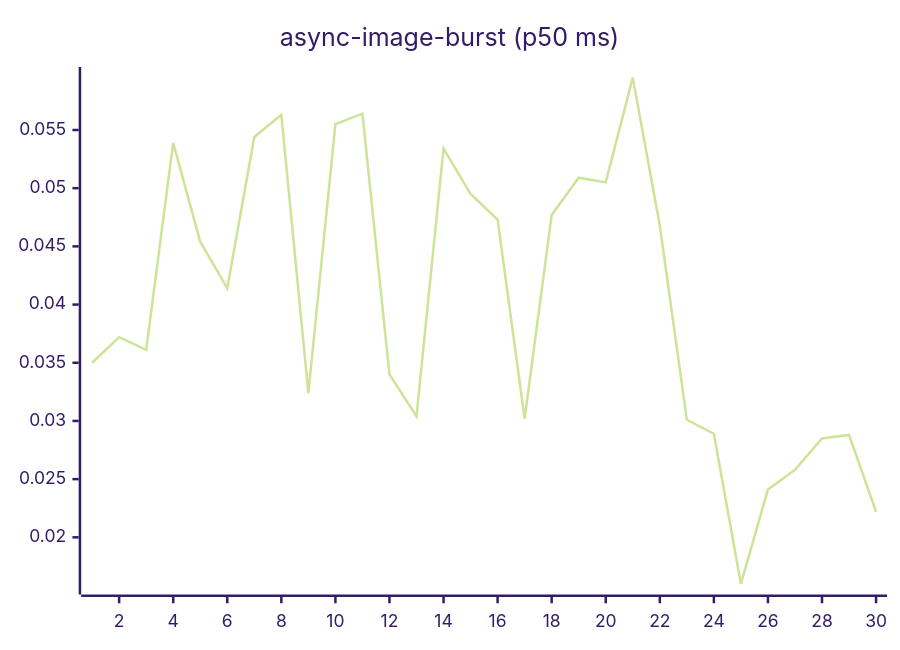
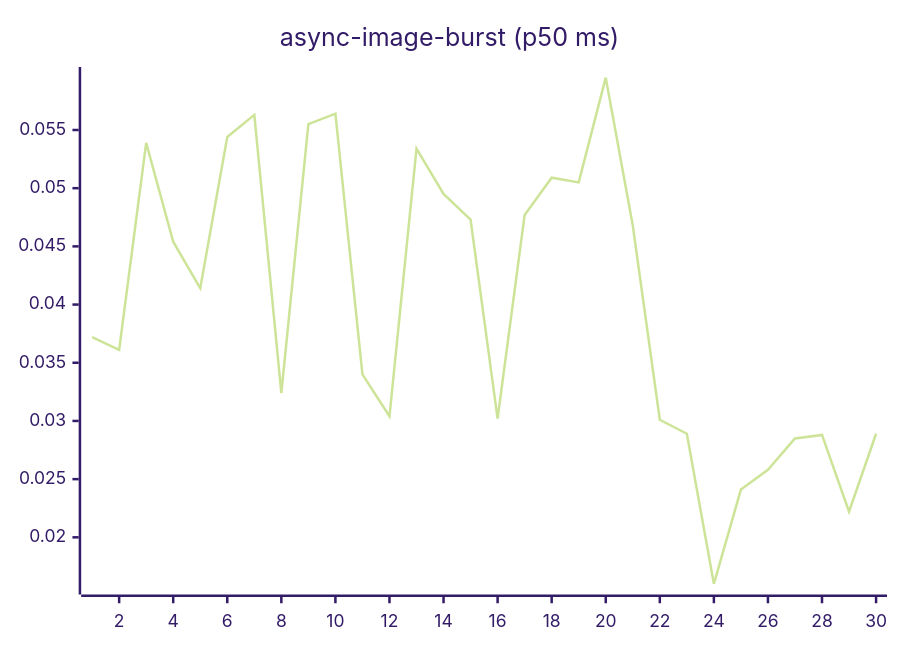
One commit to josha/Facet changed the fourth of 27 diagrams in README.md. Above: the diagram before and after it, drawn with Mermaid (forest theme). The commit also changed other lines of this file and 2 other files, not shown here.

````diff
--- a/README.md
+++ b/README.md
@@ -84,6 +84,6 @@
 ```mermaid
 xychart-beta
     title "async-image-burst (p50 ms)"
     x-axis 1 --> 30
-    line [0.0350, 0.0372, 0.0361, 0.0539, 0.0454, 0.0414, 0.0544, 0.0563, 0.0324, 0.0555, 0.0564, 0.0340, 0.0304, 0.0534, 0.0495, 0.0473, 0.0302, 0.0477, 0.0509, 0.0505, 0.0595, 0.0468, 0.0301, 0.0289, 0.0160, 0.0241, 0.0258, 0.0285, 0.0288, 0.0222]
+    line [0.0372, 0.0361, 0.0539, 0.0454, 0.0414, 0.0544, 0.0563, 0.0324, 0.0555, 0.0564, 0.0340, 0.0304, 0.0534, 0.0495, 0.0473, 0.0302, 0.0477, 0.0509, 0.0505, 0.0595, 0.0468, 0.0301, 0.0289, 0.0160, 0.0241, 0.0258, 0.0285, 0.0288, 0.0222, 0.0289]
 ```
````
